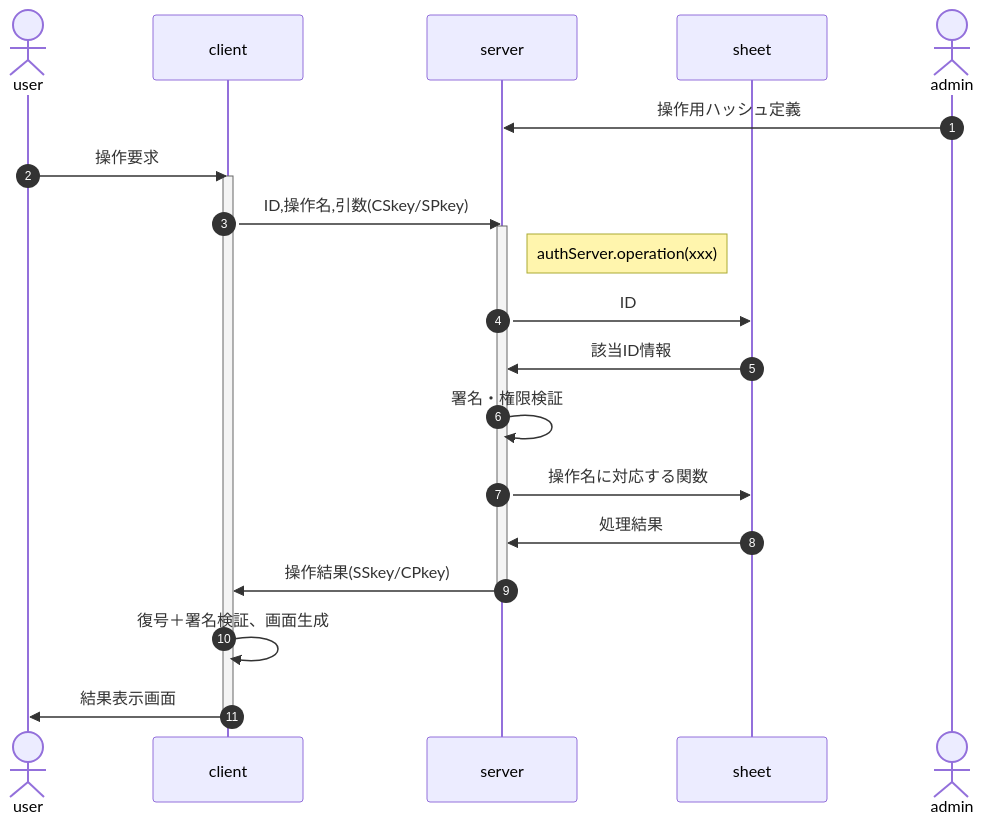
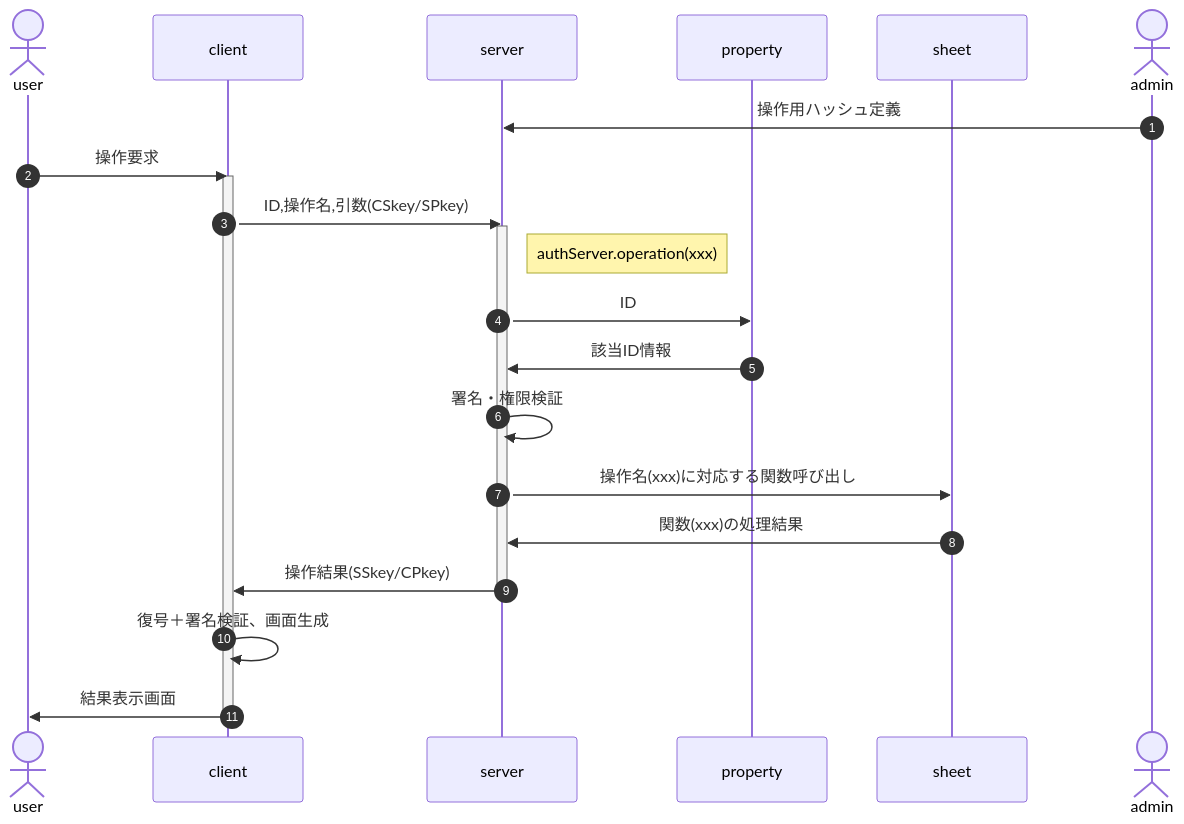
One commit to nakaone/library changed the diagram in Auth/2.0.0/doc/crud.md. Above: the diagram before and after it, drawn with Mermaid. The commit also changed 6 other files, not shown here.

````diff
--- a/Auth/2.0.0/doc/crud.md
+++ b/Auth/2.0.0/doc/crud.md
@@ -8,26 +8,27 @@
 ```mermaid
 sequenceDiagram
   autonumber
   actor user
   participant client
   participant server
+  participant property
   participant sheet
   actor admin
 
   admin ->> server : 操作用ハッシュ定義
   user ->> client : 操作要求
   activate client
   client ->> server : ID,操作名,引数(CSkey/SPkey)
   activate server
   Note right of server : authServer.operation(xxx)
-  server ->> sheet : ID
-  sheet ->> server : 該当ID情報
+  server ->> property : ID
+  property ->> server : 該当ID情報
   server ->> server : 署名・権限検証
-  server ->> sheet : 操作名に対応する関数
-  sheet ->> server : 処理結果
+  server ->> sheet : 操作名(xxx)に対応する関数呼び出し
+  sheet ->> server : 関数(xxx)の処理結果
   server ->> client : 操作結果(SSkey/CPkey)
   deactivate server
   client ->> client : 復号＋署名検証、画面生成
   client ->> user : 結果表示画面
   deactivate client
 ```
````
